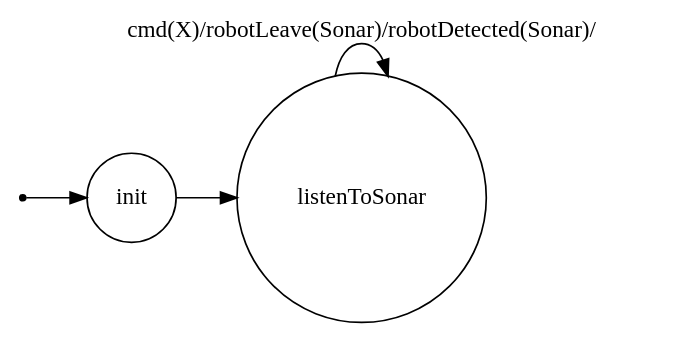
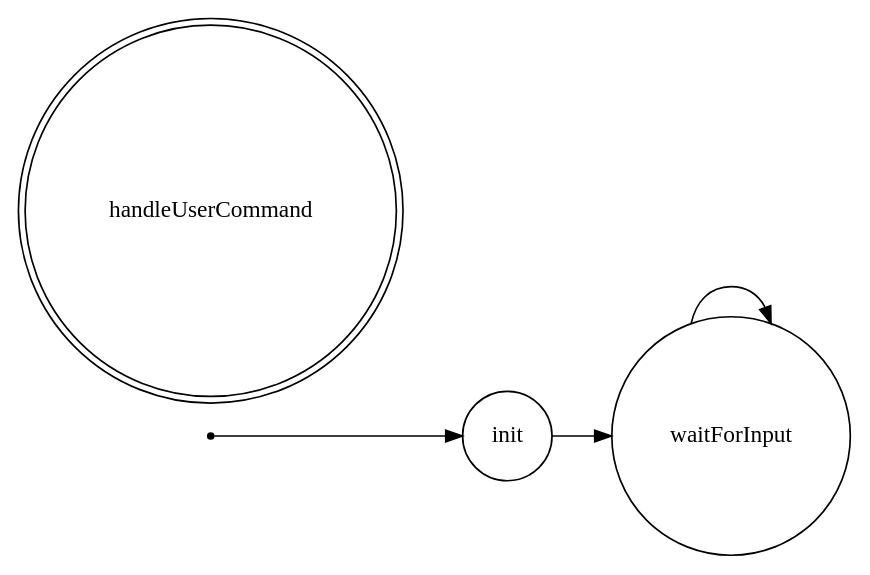
Before and after one commit to sabbio93/QRobotEvitaMuri: the diagram in Model1/srcMore/it/unibo/robotmind/dotFsm.gv, drawn with Graphviz. The commit also changed 82 other files, not shown here.

```diff
--- a/Model1/srcMore/it/unibo/robotmind/dotFsm.gv
+++ b/Model1/srcMore/it/unibo/robotmind/dotFsm.gv
@@ -1,22 +1,22 @@
 /*
 *
 * A GraphViz DOT FSM description 
 * Please use a GraphViz visualizer (like http://www.webgraphviz.com)
 * 
 * Generated by AM,NC,RM
 *  
 */
  
 digraph finite_state_machine {
   	rankdir=LR;
   	size="8,5"
   	node [shape = point]; iniziale;
-  	node [shape = doublecircle]; 
+  	node [shape = doublecircle]; handleUserCommand; 
   	node [shape = circle];
   	iniziale -> init [label = ""];
   	
   	
-  	init -> listenToSonar [ label = ""];
+  	init -> waitForInput [ label = ""];
   	
-  	listenToSonar -> listenToSonar [ label = "cmd(X)/robotLeave(Sonar)/robotDetected(Sonar)/"];
+  	waitForInput -> waitForInput [ label = ""];
 }
```
